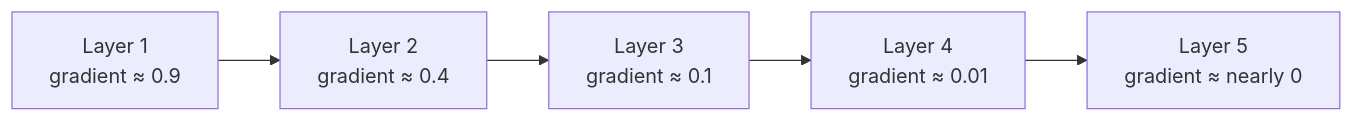
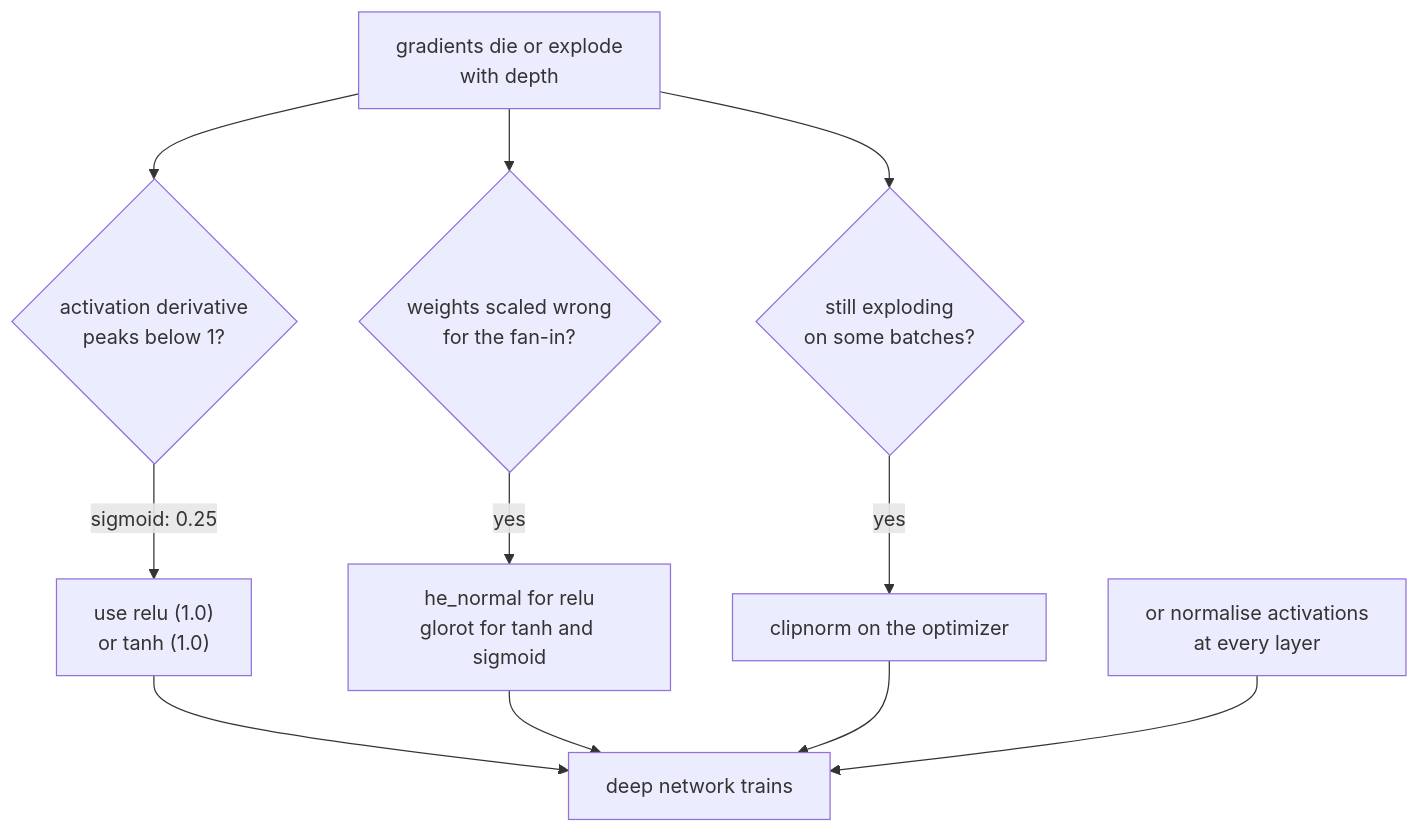
The diagram in src/content/docs/Deep Learning/Phase 02 - Training Deep Neural Networks/Vanishing & Exploding Gradients.mdx (Ravikisha/PythonCentralHub), drawn with Mermaid before and after one commit. The commit also changed other lines of this file and 626 other files, not shown here.

````diff
--- a/src/content/docs/Deep Learning/Phase 02 - Training Deep Neural Networks/Vanishing & Exploding Gradients.mdx
+++ b/src/content/docs/Deep Learning/Phase 02 - Training Deep Neural Networks/Vanishing & Exploding Gradients.mdx
@@ -31,7 +99,13 @@
 ```mermaid
-flowchart LR
-  L1["Layer 1<br/>gradient ≈ 0.9"] --> L2["Layer 2<br/>gradient ≈ 0.4"]
-  L2 --> L3["Layer 3<br/>gradient ≈ 0.1"]
-  L3 --> L4["Layer 4<br/>gradient ≈ 0.01"]
-  L4 --> L5["Layer 5<br/>gradient ≈ nearly 0"]
+flowchart TD
+  A["gradients die or explode<br/>with depth"] --> B{"activation derivative<br/>peaks below 1?"}
+  B -- "sigmoid: 0.25" --> C["use relu (1.0)<br/>or tanh (1.0)"]
+  A --> D{"weights scaled wrong<br/>for the fan-in?"}
+  D -- yes --> E["he_normal for relu<br/>glorot for tanh and sigmoid"]
+  A --> F{"still exploding<br/>on some batches?"}
+  F -- yes --> G["clipnorm on the optimizer"]
+  C --> H["deep network trains"]
+  E --> H
+  G --> H
+  I["or normalise activations<br/>at every layer"] --> H
 ```
````
